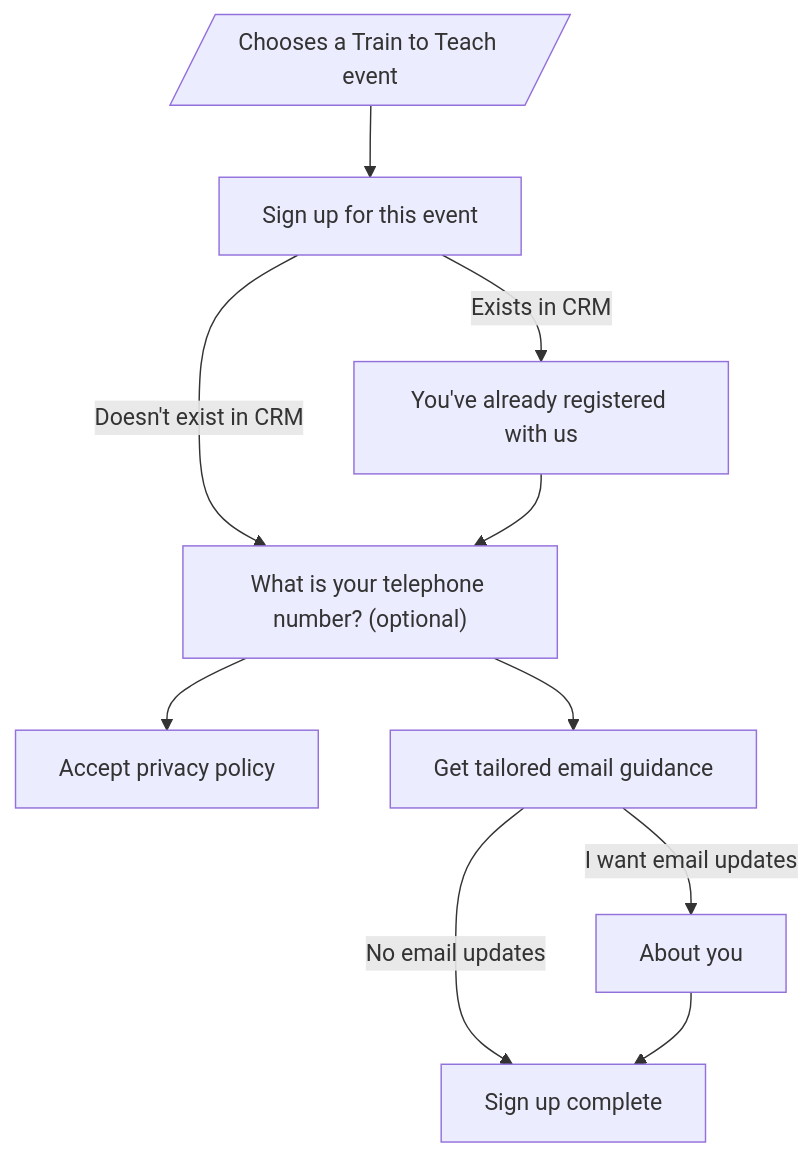
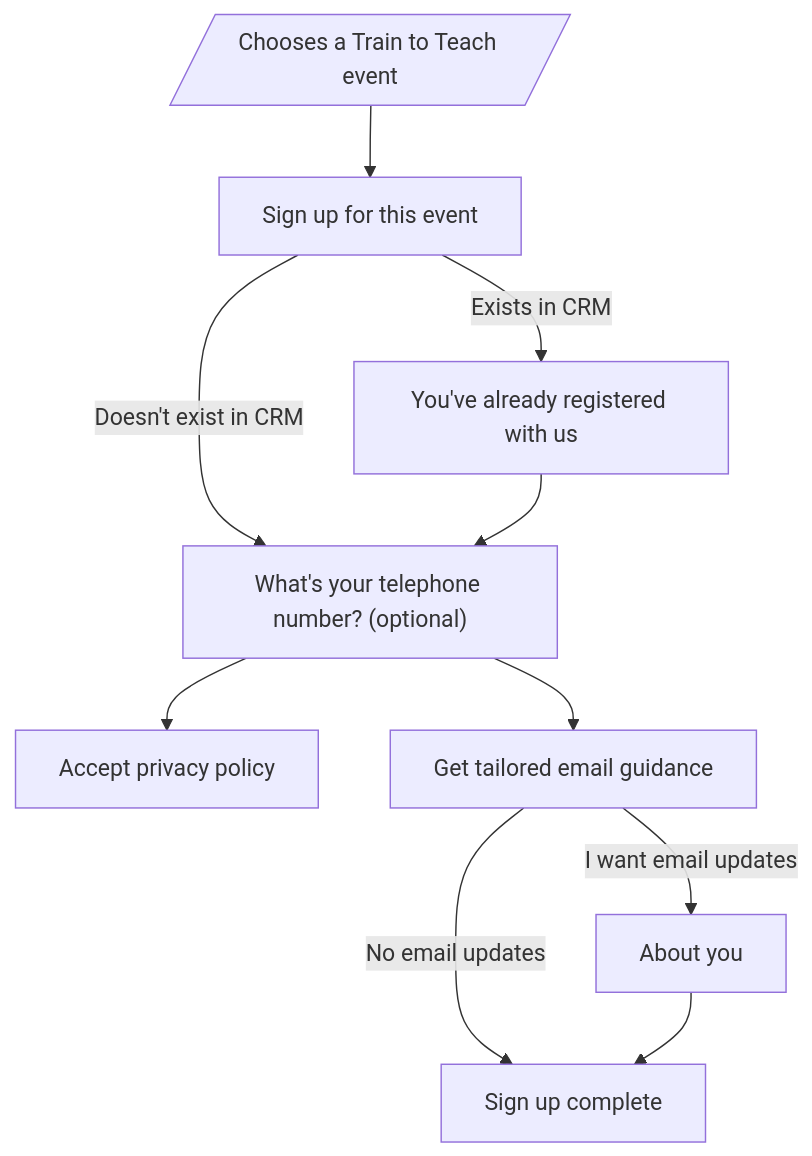
One commit to DFE-Digital/get-into-teaching-app changed the second of 3 diagrams in docs/sign-up-journeys.md. Above: the diagram before and after it, drawn with Mermaid. The commit also changed 5 other files, not shown here.

````diff
--- a/docs/sign-up-journeys.md
+++ b/docs/sign-up-journeys.md
@@ -28,15 +28,15 @@
 ```mermaid
 graph TD;
   chooses_event[/Chooses a Train to Teach event/] --> personal_details
-  personal_details[Sign up for this event] -- Doesn't exist in CRM --> contact_details["What is your telephone number? (optional)"] --> accept_privacy_policy[Accept privacy policy]
+  personal_details[Sign up for this event] -- Doesn't exist in CRM --> contact_details["What's your telephone number? (optional)"] --> accept_privacy_policy[Accept privacy policy]
 
   personal_details -- Exists in CRM --> already_registered[You've already registered with us]
   already_registered --> contact_details
 
   contact_details --> further_details[Get tailored email guidance]
 
   further_details -- I want email updates --> personalised_updates[About you]
   further_details -- No email updates --> completed[Sign up complete]
 
   personalised_updates --> completed
 ```
````
